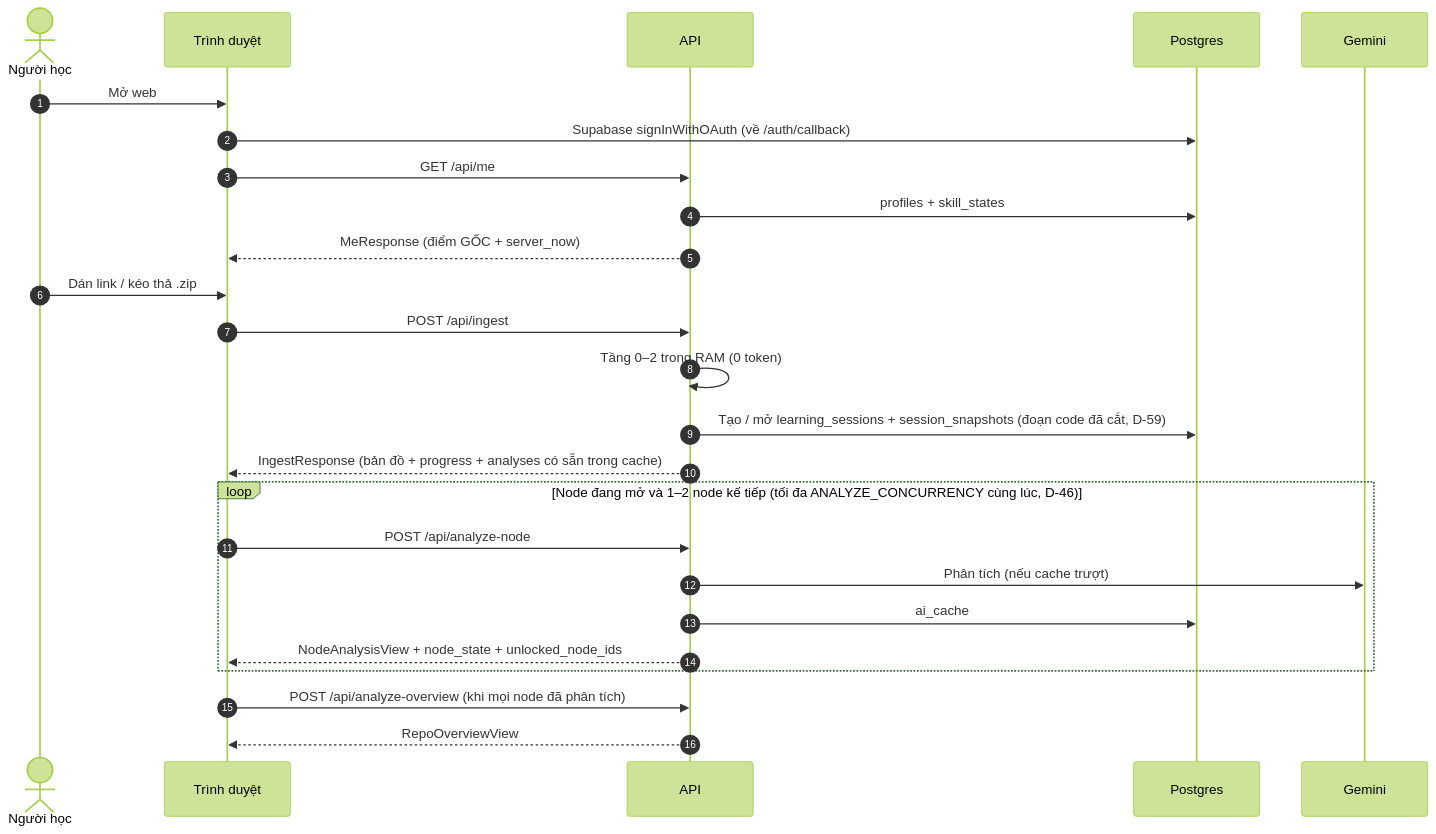
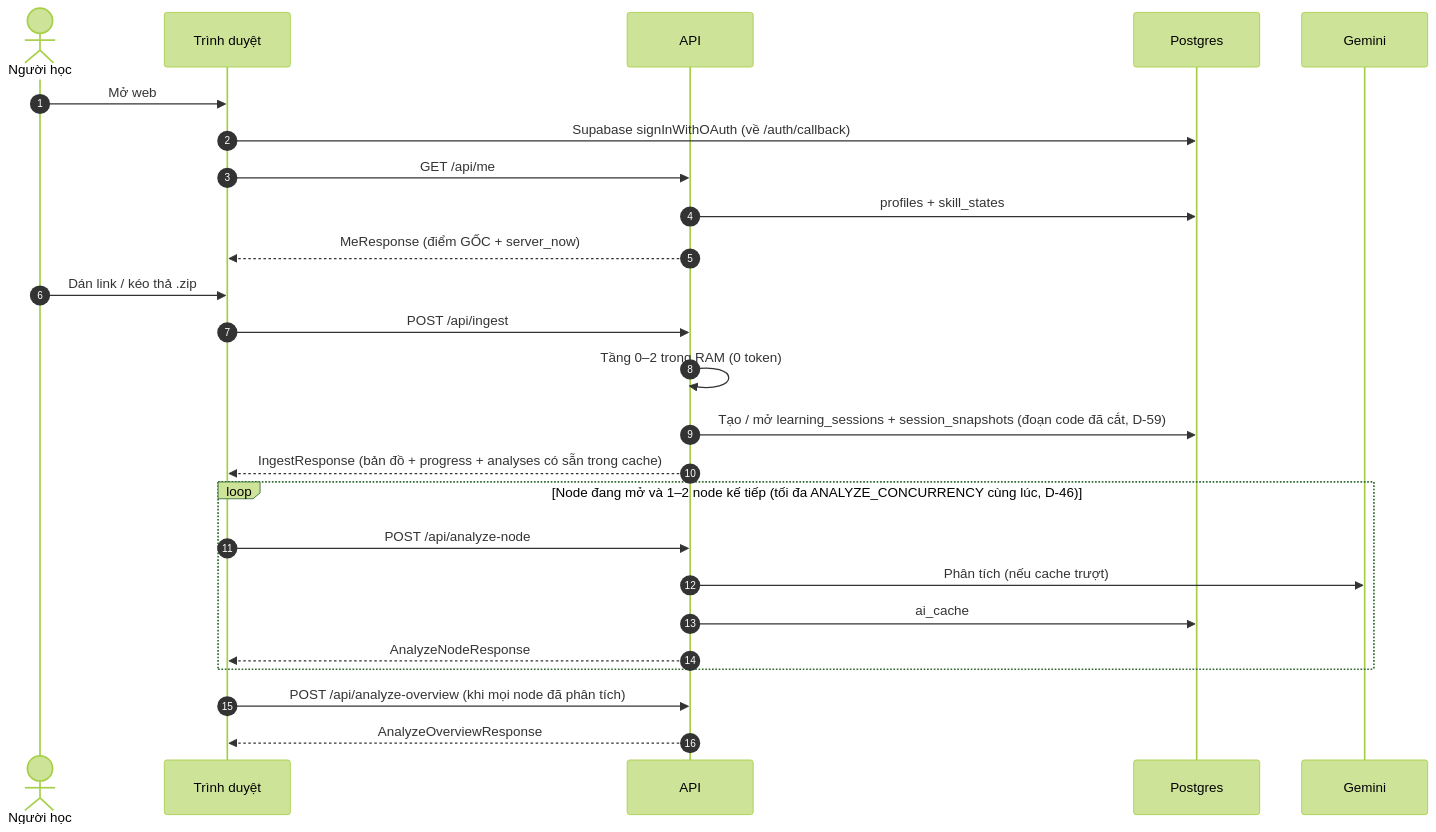
Before and after one commit to huynhthanhnhannnh-pixel/Hackathon_SGU: the second of 4 diagrams in spec/01_KIEN_TRUC_VA_LUONG.md, drawn with Mermaid (forest theme). The commit also changed other lines of this file and 11 other files, not shown here.

````diff
--- a/spec/01_KIEN_TRUC_VA_LUONG.md
+++ b/spec/01_KIEN_TRUC_VA_LUONG.md
@@ -85,27 +85,27 @@
 ```mermaid
 sequenceDiagram
     autonumber
     actor U as Người học
     participant FE as Trình duyệt
     participant BE as API
     participant DB as Postgres
     participant AI as Gemini
     U->>FE: Mở web
     FE->>DB: Supabase signInWithOAuth (về /auth/callback)
     FE->>BE: GET /api/me
     BE->>DB: profiles + skill_states
     BE-->>FE: MeResponse (điểm GỐC + server_now)
     U->>FE: Dán link / kéo thả .zip
     FE->>BE: POST /api/ingest
     BE->>BE: Tầng 0–2 trong RAM (0 token)
     BE->>DB: Tạo / mở learning_sessions + session_snapshots (đoạn code đã cắt, D-59)
     BE-->>FE: IngestResponse (bản đồ + progress + analyses có sẵn trong cache)
     loop Node đang mở và 1–2 node kế tiếp (tối đa ANALYZE_CONCURRENCY cùng lúc, D-46)
         FE->>BE: POST /api/analyze-node
         BE->>AI: Phân tích (nếu cache trượt)
         BE->>DB: ai_cache
-        BE-->>FE: NodeAnalysisView + node_state + unlocked_node_ids
+        BE-->>FE: AnalyzeNodeResponse
     end
     FE->>BE: POST /api/analyze-overview (khi mọi node đã phân tích)
-    BE-->>FE: RepoOverviewView
+    BE-->>FE: AnalyzeOverviewResponse
 ```
````
